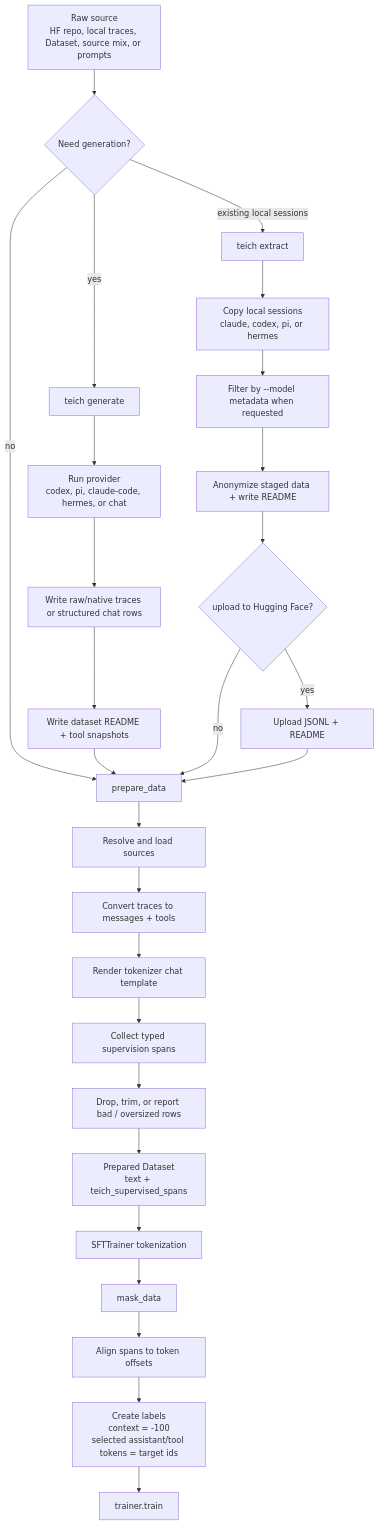
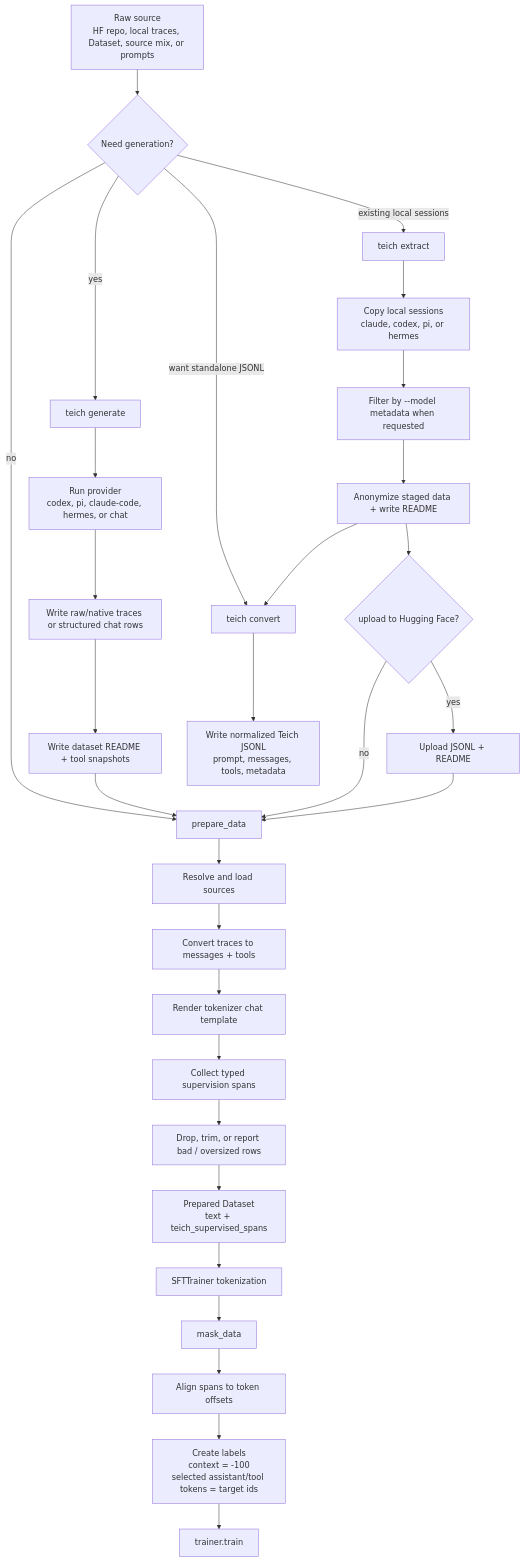
The first of 4 diagrams in docs/pipeline.md (HyeongseokSon1/teich), drawn with Mermaid before and after one commit. The commit also changed other lines of this file and 11 other files, not shown here.

````diff
--- a/docs/pipeline.md
+++ b/docs/pipeline.md
@@ -7,29 +7,32 @@
 ```mermaid
 flowchart TD
     A["Raw source<br/>HF repo, local traces, Dataset, source mix, or prompts"] --> B{"Need generation?"}
     B -->|"yes"| C["teich generate"]
     B -->|"existing local sessions"| X["teich extract"]
+    B -->|"want standalone JSONL"| Y["teich convert"]
     B -->|"no"| D["prepare_data"]
     C --> C1["Run provider<br/>codex, pi, claude-code, hermes, or chat"]
     C1 --> C2["Write raw/native traces or structured chat rows"]
     C2 --> C3["Write dataset README + tool snapshots"]
     C3 --> D
     X --> X1["Copy local sessions<br/>claude, codex, pi, or hermes"]
     X1 --> X2["Filter by --model metadata when requested"]
     X2 --> X3["Anonymize staged data + write README"]
     X3 --> X4{"upload to Hugging Face?"}
     X4 -->|"yes"| X5["Upload JSONL + README"]
     X4 -->|"no"| D
     X5 --> D
+    X3 --> Y
+    Y --> Y1["Write normalized Teich JSONL<br/>prompt, messages, tools, metadata"]
     D --> E["Resolve and load sources"]
     E --> F["Convert traces to messages + tools"]
     F --> G["Render tokenizer chat template"]
     G --> H["Collect typed supervision spans"]
     H --> I["Drop, trim, or report bad / oversized rows"]
     I --> J["Prepared Dataset<br/>text + teich_supervised_spans"]
     J --> K["SFTTrainer tokenization"]
     K --> L["mask_data"]
     L --> M["Align spans to token offsets"]
     M --> N["Create labels<br/>context = -100<br/>selected assistant/tool tokens = target ids"]
     N --> O["trainer.train"]
 ```
````
